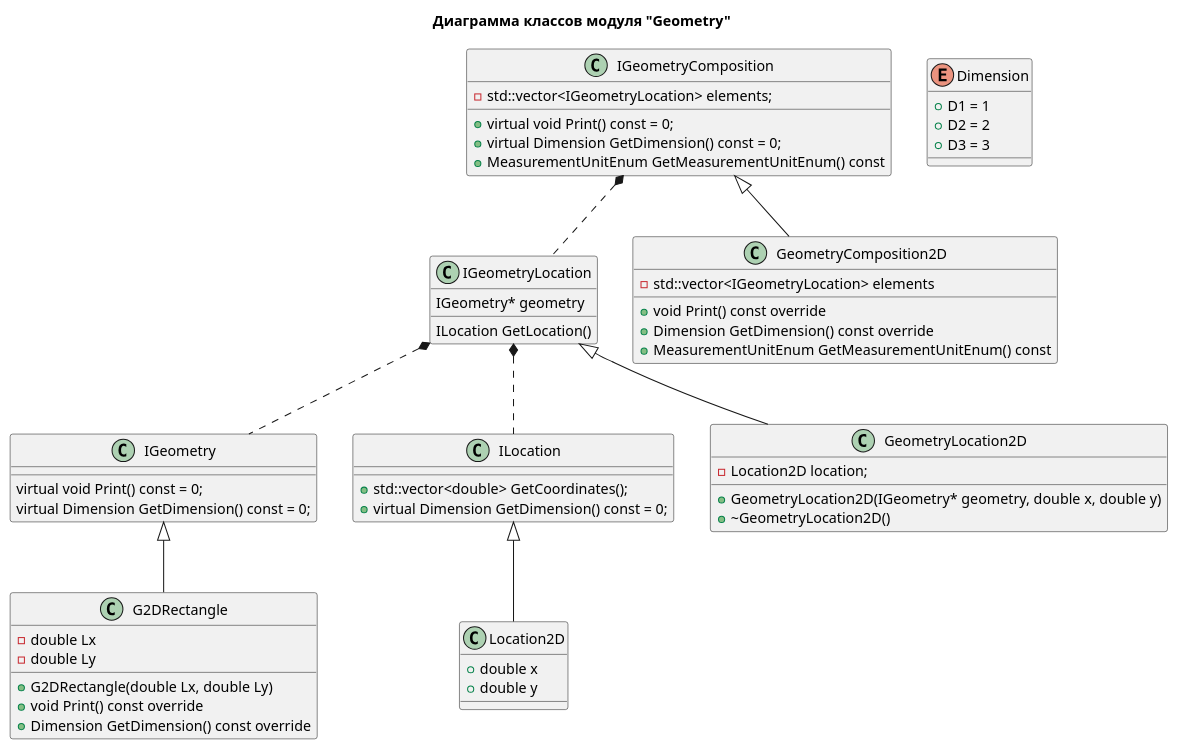
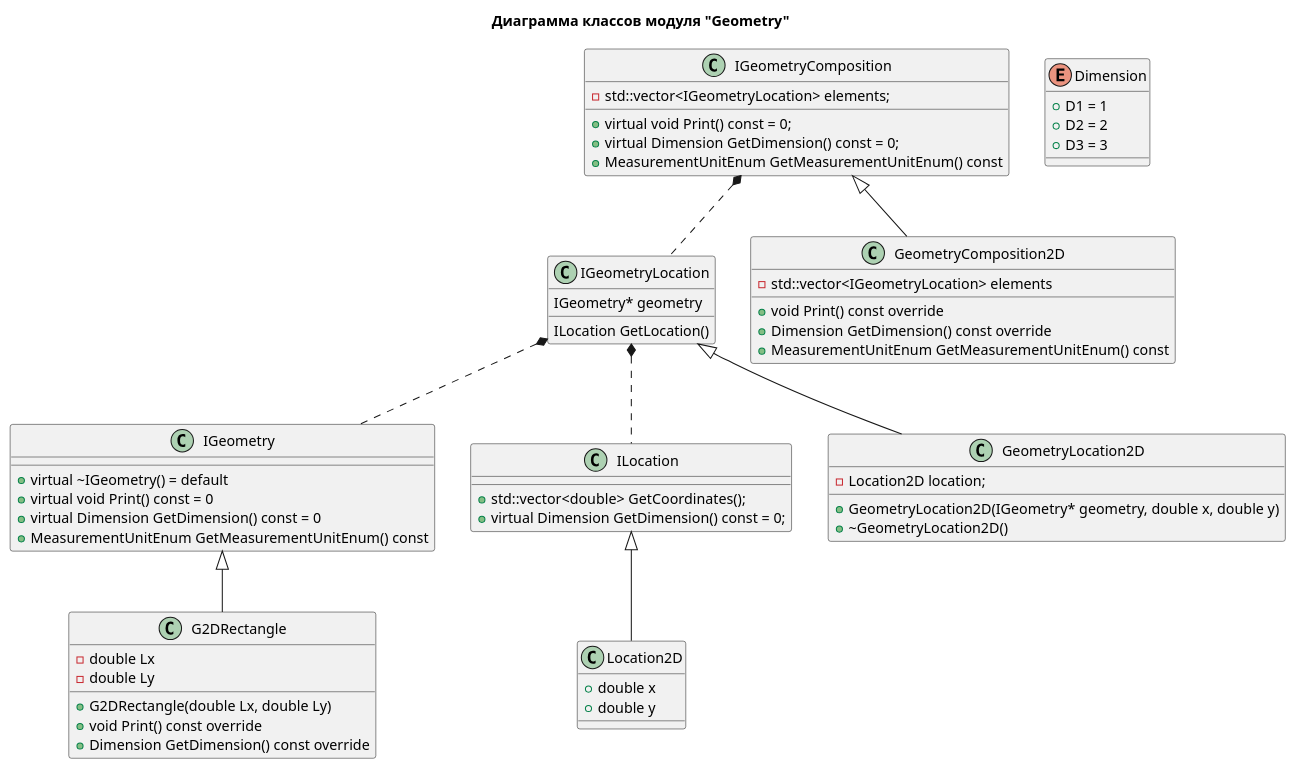
One commit to LitvinovVN/MathModAndPP changed the diagram in Testing_Thread_OpenMP_Cuda_OpenBlas_11/docs/class-diagram-Geometry.puml. Above: the diagram before and after it, drawn with PlantUML. The commit also changed 10 other files, not shown here.

```diff
--- a/Testing_Thread_OpenMP_Cuda_OpenBlas_11/docs/class-diagram-Geometry.puml
+++ b/Testing_Thread_OpenMP_Cuda_OpenBlas_11/docs/class-diagram-Geometry.puml
@@ -1,100 +1,103 @@
 @startuml name Geometry
 
 title
 Диаграмма классов модуля "Geometry"
 end title
 
 ' Размерность для геометрии и пр.
 enum Dimension
 {
     '1D
     + D1 = 1
     '2D
     + D2 = 2
     '3D
     + D3 = 3
 }
 
 class ILocation
 {
     + std::vector<double> GetCoordinates();
     ' Возвращает размерность объекта геометрии
     + virtual Dimension GetDimension() const = 0;
 }
 
 class Location2D
 {
     + double x
     + double y
 }
 
 'Абстрактный класс, моделирующий геометрию расчетной области
 class IGeometry
 {    
-        
+    ' Виртуальный деструктор
+    + virtual ~IGeometry() = default 
     ' Выводит в консоль сведения об объекте и его значение
-    virtual void Print() const = 0;
+    + virtual void Print() const = 0
     ' Возвращает размерность объекта геометрии
-    virtual Dimension GetDimension() const = 0; 
+    + virtual Dimension GetDimension() const = 0
+    ' Возвращает единицу измерения, используемую для описания объекта геометрии
+    + MeasurementUnitEnum GetMeasurementUnitEnum() const
 }
 
 'Прямоугольник
 class G2DRectangle
 {
     ' Длина
     - double Lx
     ' Ширина
     - double Ly
     + G2DRectangle(double Lx, double Ly)
     + void Print() const override
     ' Возвращает размерность объекта геометрии
     + Dimension GetDimension() const override 
 }
 
 class IGeometryLocation
 {
     IGeometry* geometry
     ILocation GetLocation()
 }
 
 class GeometryLocation2D
 {
     '- IGeometry* geometry
     - Location2D location;
     + GeometryLocation2D(IGeometry* geometry, double x, double y)
     + ~GeometryLocation2D()
 }
 
 
 ' Абстрактный класс, моделирующий размещение объектов геометрии в пространстве
 class IGeometryComposition
 {
     - std::vector<IGeometryLocation> elements;
     ' Выводит в консоль сведения об объекте и его значение
     + virtual void Print() const = 0;
     ' Возвращает размерность объекта геометрии
     + virtual Dimension GetDimension() const = 0;
     ' Возвращает единицу измерения, используемую для описания объекта геометрии
     + MeasurementUnitEnum GetMeasurementUnitEnum() const
 }
 
 class GeometryComposition2D
 {
     - std::vector<IGeometryLocation> elements      
     ' Выводит в консоль сведения об объекте и его значение
     + void Print() const override
     ' Возвращает размерность объектов геометрии
     + Dimension GetDimension() const override
     ' Возвращает единицу измерения, используемую для описания объекта геометрии
     + MeasurementUnitEnum GetMeasurementUnitEnum() const
 }
 
 Location2D -up-|> ILocation
 G2DRectangle -up-|> IGeometry
 GeometryLocation2D -up-|> IGeometryLocation
 GeometryComposition2D -up-|> IGeometryComposition
 IGeometryLocation *.. IGeometry
 IGeometryLocation *.. ILocation
 IGeometryComposition *.. IGeometryLocation
 
 @enduml
```
